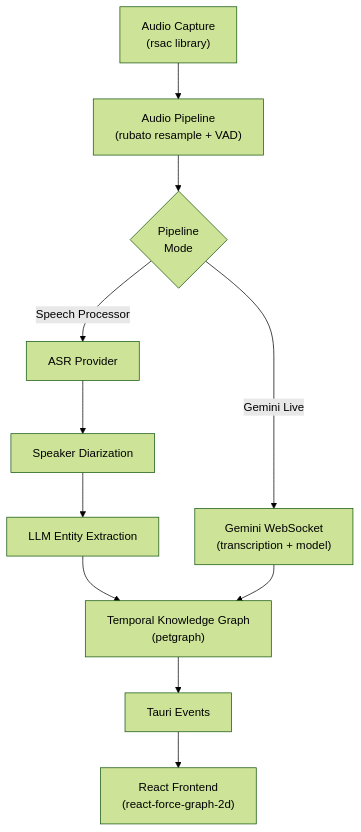
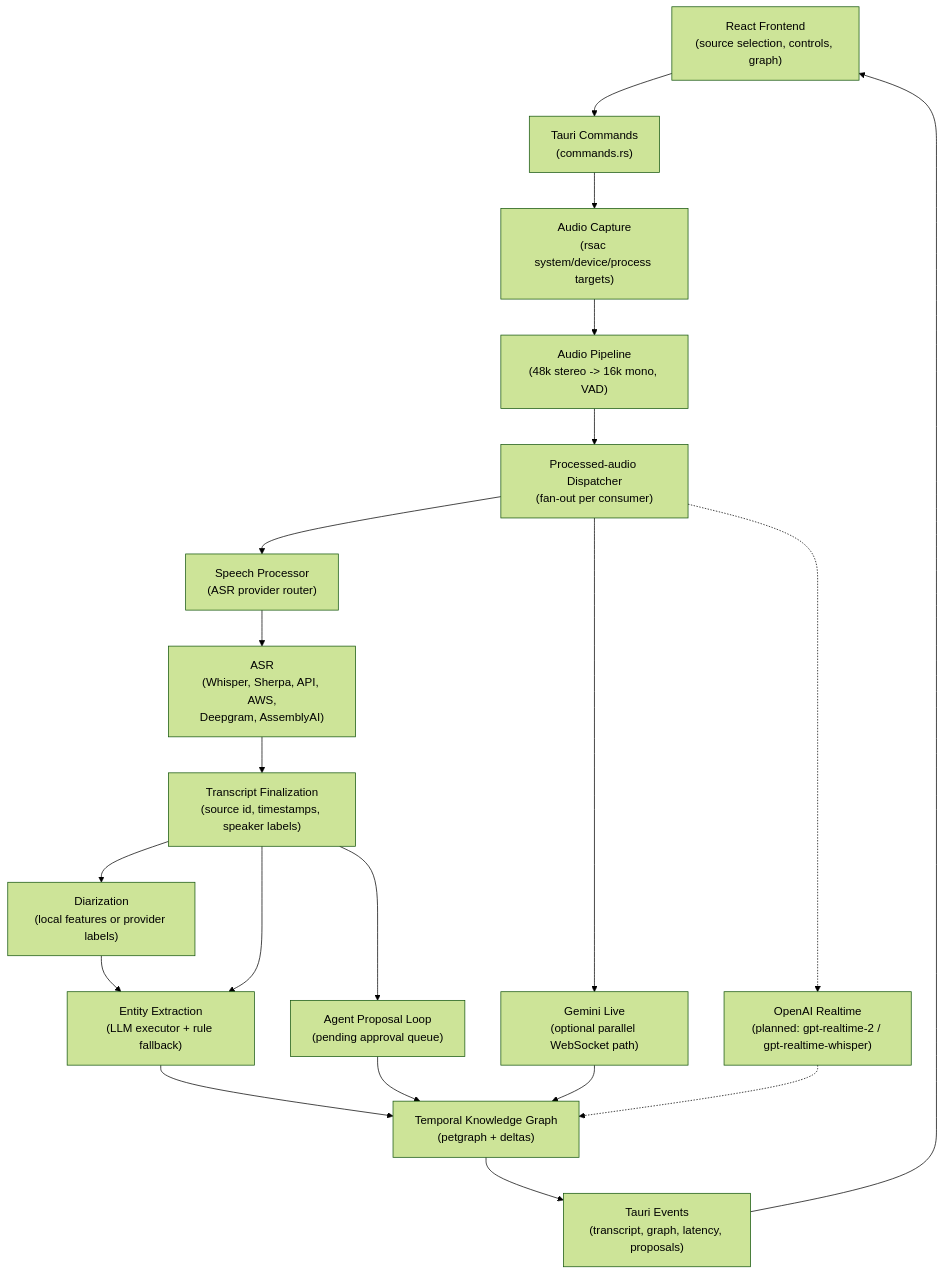
The first of 10 diagrams in docs/ARCHITECTURE.md (Codeseys-Labs/audio-graph), drawn with Mermaid (forest theme) before and after one commit. The commit also changed other lines of this file and 17 other files, not shown here.

````diff
--- a/docs/ARCHITECTURE.md
+++ b/docs/ARCHITECTURE.md
@@ -65,13 +126,25 @@
 ```mermaid
 flowchart TD
-    A["Audio Capture<br/>(rsac library)"] --> B["Audio Pipeline<br/>(rubato resample + VAD)"]
-    B --> C{"Pipeline<br/>Mode"}
-    C -->|"Speech Processor"| D["ASR Provider"]
-    C -->|"Gemini Live"| E["Gemini WebSocket<br/>(transcription + model)"]
-    D --> F["Speaker Diarization"]
-    F --> G["LLM Entity Extraction"]
-    G --> H["Temporal Knowledge Graph<br/>(petgraph)"]
-    E --> H
-    H --> I["Tauri Events"]
-    I --> J["React Frontend<br/>(react-force-graph-2d)"]
+    UI["React Frontend<br/>(source selection, controls, graph)"] --> CMD["Tauri Commands<br/>(commands.rs)"]
+    CMD --> CAP["Audio Capture<br/>(rsac system/device/process targets)"]
+    CAP --> PIPE["Audio Pipeline<br/>(48k stereo -> 16k mono, VAD)"]
+    PIPE --> BUS["Processed-audio Dispatcher<br/>(fan-out per consumer)"]
+
+    BUS --> SPEECH["Speech Processor<br/>(ASR provider router)"]
+    BUS --> GEMINI["Gemini Live<br/>(optional parallel WebSocket path)"]
+    BUS -.-> OAI_RT["OpenAI Realtime<br/>(planned: gpt-realtime-2 / gpt-realtime-whisper)"]
+
+    SPEECH --> ASR["ASR<br/>(Whisper, Sherpa, API, AWS,<br/>Deepgram, AssemblyAI)"]
+    ASR --> JOIN["Transcript Finalization<br/>(source id, timestamps, speaker labels)"]
+    JOIN --> DIAR["Diarization<br/>(local features or provider labels)"]
+    JOIN --> EXTRACT["Entity Extraction<br/>(LLM executor + rule fallback)"]
+    JOIN --> AGENT["Agent Proposal Loop<br/>(pending approval queue)"]
+    DIAR --> EXTRACT
+    EXTRACT --> GRAPH["Temporal Knowledge Graph<br/>(petgraph + deltas)"]
+    GEMINI --> GRAPH
+    OAI_RT -.-> GRAPH
+    AGENT --> GRAPH
+
+    GRAPH --> EVENTS["Tauri Events<br/>(transcript, graph, latency, proposals)"]
+    EVENTS --> UI
 ```
````
